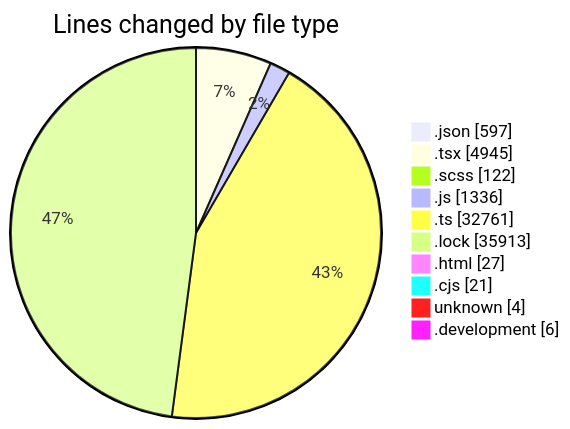
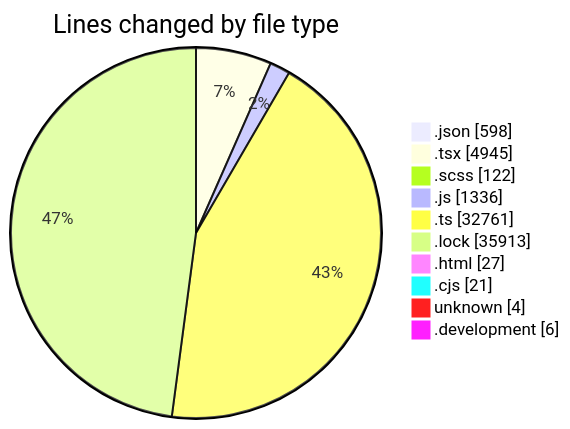
The first of 2 diagrams in 2026-09-03/cda/README.md (momahboobian/code-tracking), drawn with Mermaid before and after one commit. The commit also changed other lines of this file and 1 other file, not shown here.

````diff
--- a/2026-09-03/cda/README.md
+++ b/2026-09-03/cda/README.md
@@ -81,14 +81,14 @@
 ```mermaid
 pie showData
 title Lines changed by file type
-".json" : 597
+".json" : 598
 ".tsx" : 4945
 ".scss" : 122
 ".js" : 1336
 ".ts" : 32761
 ".lock" : 35913
 ".html" : 27
 ".cjs" : 21
 "unknown" : 4
 ".development" : 6
 ```
````
